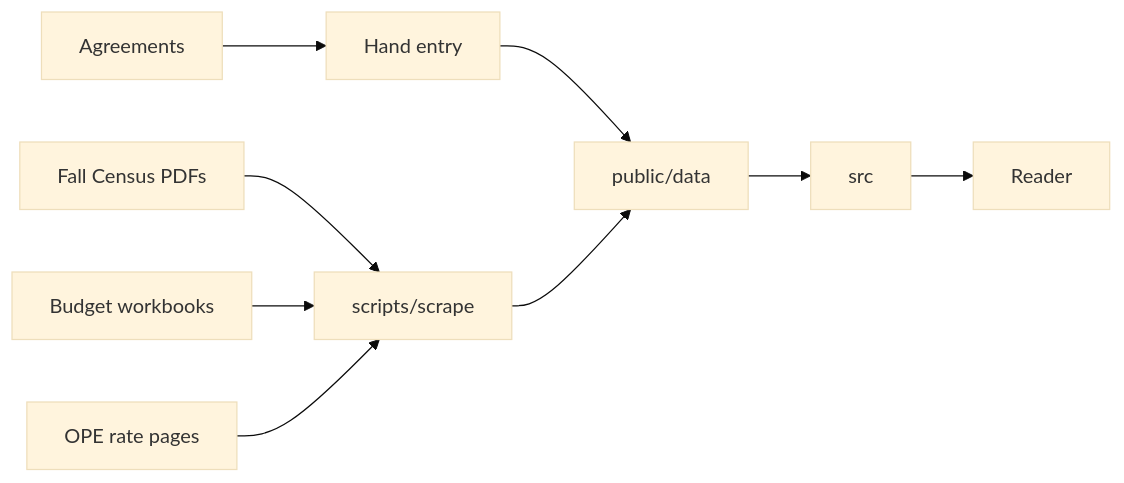
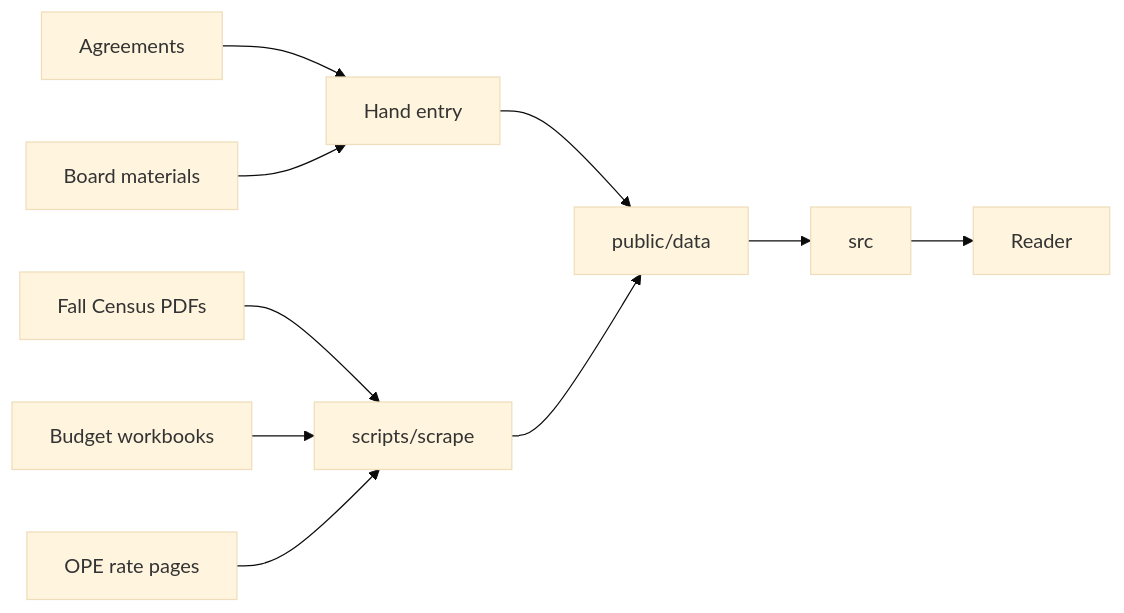
Before and after one commit to uofinancials/uofinancials.github.io: the diagram in ARCHITECTURE.md, drawn with Mermaid (base theme). The commit also changed other lines of this file and 20 other files, not shown here.

````diff
--- a/ARCHITECTURE.md
+++ b/ARCHITECTURE.md
@@ -41,11 +47,12 @@
 ```mermaid
 flowchart LR
   pdfs[Fall Census PDFs] --> scrape[scripts/scrape]
   xlsx[Budget workbooks] --> scrape
   html[OPE rate pages] --> scrape
   cba[Agreements] --> hand[Hand entry]
+  board[Board materials] --> hand
   hand --> json[public/data]
   scrape --> json[public/data]
   json --> site[src]
   site --> reader[Reader]
 ```
````
